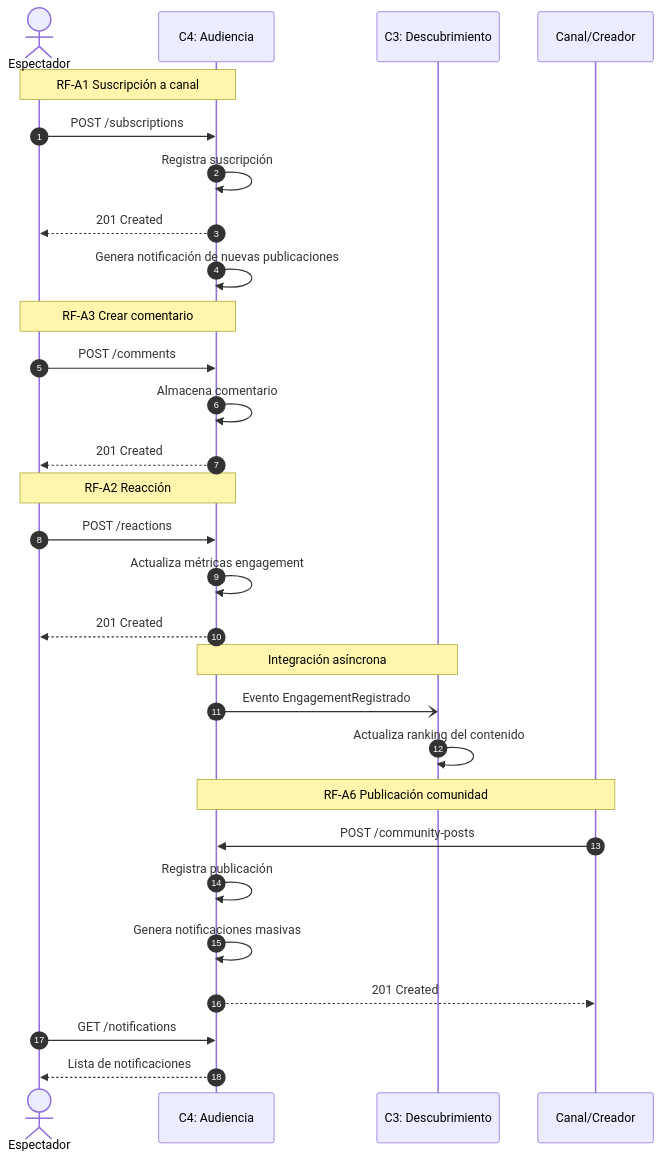
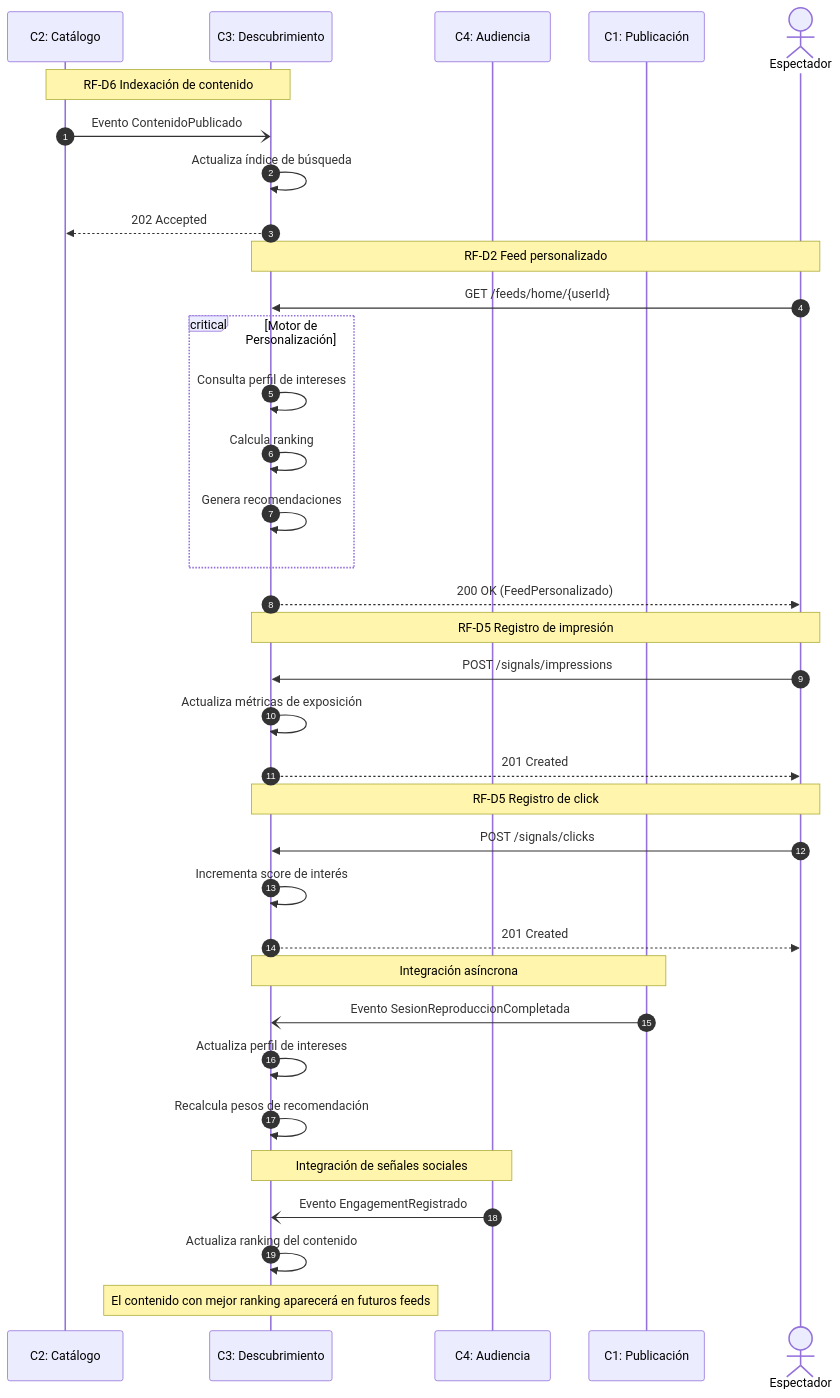
One commit to Wheaor/OpenAPI---Youtube changed the second of 2 diagrams in bounded-contexts-3-descubrimiento/README.md. Above: the diagram before and after it, drawn with Mermaid. The commit also changed other lines of this file, not shown here.

````diff
--- a/bounded-contexts-3-descubrimiento/README.md
+++ b/bounded-contexts-3-descubrimiento/README.md
@@ -156,54 +158,60 @@
 ```mermaid
 sequenceDiagram
     autonumber
 
+    participant C2 as C2: Catálogo
+    participant C3 as C3: Descubrimiento
+    participant C4 as C4: Audiencia
+    participant C1 as C1: Publicación
     actor User as Espectador
-    participant C4 as C4: Audiencia
-    participant C3 as C3: Descubrimiento
-    participant Creator as Canal/Creador
 
-    %% --- SUSCRIPCIÓN ---
-    Note over User,C4: RF-A1 Suscripción a canal
+    %% --- INDEXACIÓN DE CONTENIDO ---
+    Note over C2,C3: RF-D6 Indexación de contenido
 
-    User->>C4: POST /subscriptions
-    C4->>C4: Registra suscripción
-    C4-->>User: 201 Created
+    C2-)C3: Evento ContenidoPublicado
+    C3->>C3: Actualiza índice de búsqueda
+    C3-->>C2: 202 Accepted
 
-    %% --- NOTIFICACIÓN ---
-    C4->>C4: Genera notificación de nuevas publicaciones
+    %% --- GENERACIÓN DEL FEED ---
+    Note over User,C3: RF-D2 Feed personalizado
 
-    %% --- COMENTARIO ---
-    Note over User,C4: RF-A3 Crear comentario
+    User->>C3: GET /feeds/home/{userId}
 
-    User->>C4: POST /comments
-    C4->>C4: Almacena comentario
-    C4-->>User: 201 Created
+    critical Motor de Personalización
+        C3->>C3: Consulta perfil de intereses
+        C3->>C3: Calcula ranking
+        C3->>C3: Genera recomendaciones
+    end
 
-    %% --- LIKE ---
-    Note over User,C4: RF-A2 Reacción
+    C3-->>User: 200 OK (FeedPersonalizado)
 
-    User->>C4: POST /reactions
-    C4->>C4: Actualiza métricas engagement
-    C4-->>User: 201 Created
+    %% --- IMPRESIÓN ---
+    Note over User,C3: RF-D5 Registro de impresión
 
-    %% --- EVENTO HACIA DESCUBRIMIENTO ---
-    Note over C4,C3: Integración asíncrona
+    User->>C3: POST /signals/impressions
+    C3->>C3: Actualiza métricas de exposición
+    C3-->>User: 201 Created
+
+    %% --- CLICK SOBRE RECOMENDACIÓN ---
+    Note over User,C3: RF-D5 Registro de click
+
+    User->>C3: POST /signals/clicks
+    C3->>C3: Incrementa score de interés
+    C3-->>User: 201 Created
+
+    %% --- WATCH TIME DESDE PUBLICACIÓN ---
+    Note over C1,C3: Integración asíncrona
+
+    C1-)C3: Evento SesionReproduccionCompletada
+    C3->>C3: Actualiza perfil de intereses
+    C3->>C3: Recalcula pesos de recomendación
+
+    %% --- ENGAGEMENT DESDE AUDIENCIA ---
+    Note over C4,C3: Integración de señales sociales
 
     C4-)C3: Evento EngagementRegistrado
     C3->>C3: Actualiza ranking del contenido
 
-    %% --- PUBLICACIÓN DE COMUNIDAD ---
-    Note over Creator,C4: RF-A6 Publicación comunidad
-
-    Creator->>C4: POST /community-posts
-    C4->>C4: Registra publicación
-
-    %% --- NOTIFICACIÓN A SUSCRIPTORES ---
-    C4->>C4: Genera notificaciones masivas
-
-    C4-->>Creator: 201 Created
-
-    %% --- CONSULTA DE NOTIFICACIONES ---
-    User->>C4: GET /notifications
-    C4-->>User: Lista de notificaciones
+    %% --- RECOMENDACIÓN FUTURA ---
+    Note over C3: El contenido con mejor ranking aparecerá en futuros feeds
 ```
````
